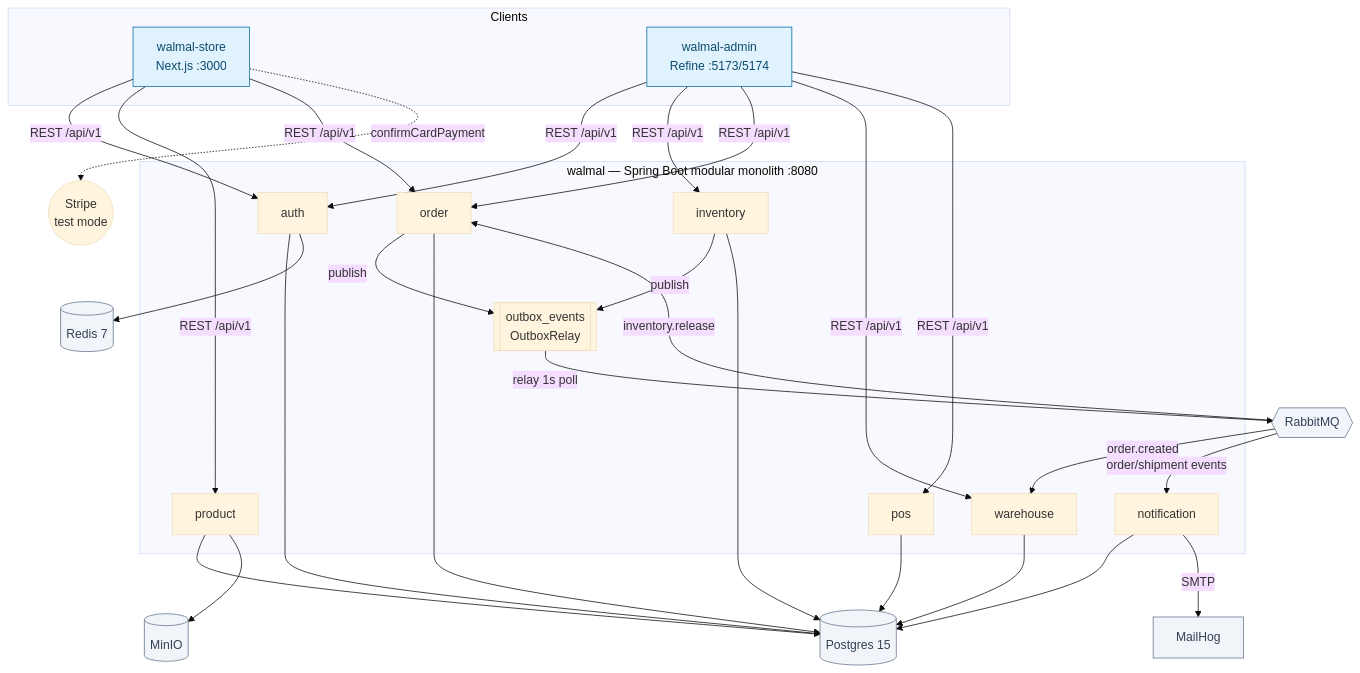
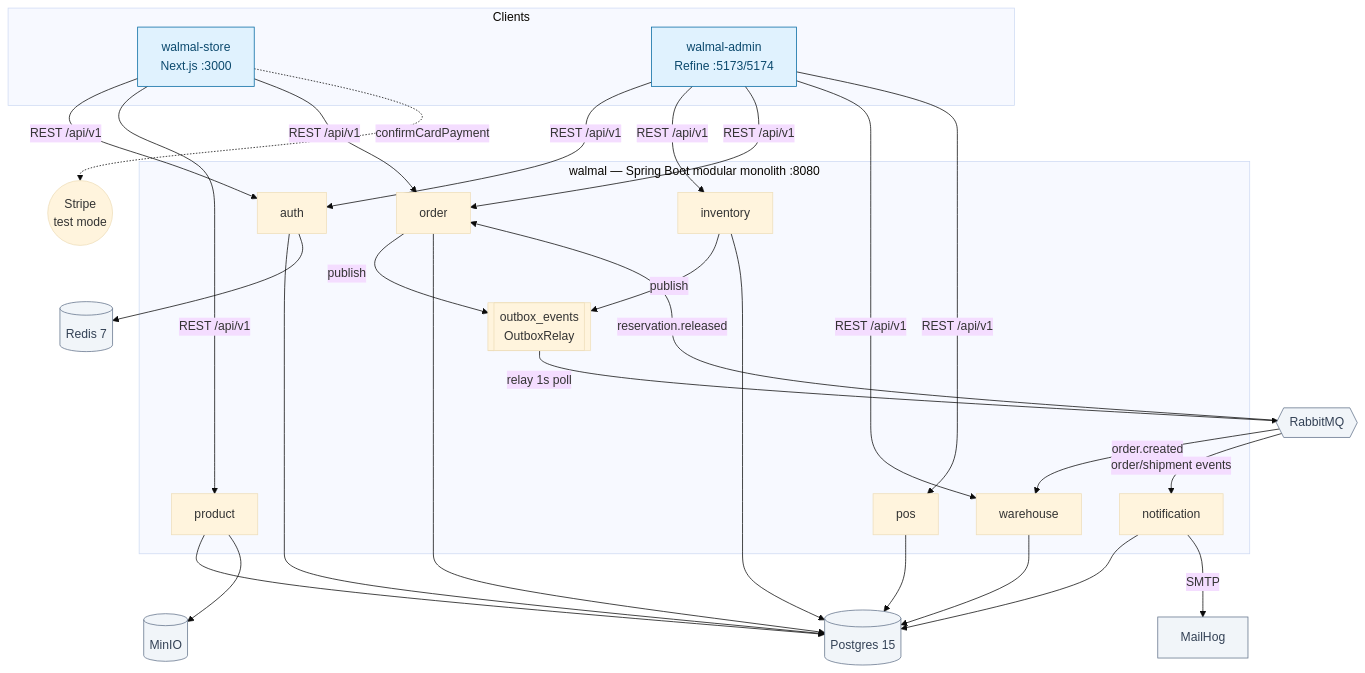
The diagram in README.md (YeHtutAung/walmal), drawn with Mermaid (base theme) before and after one commit. The commit also changed other lines of this file, not shown here.

````diff
--- a/README.md
+++ b/README.md
@@ -16,59 +16,59 @@
 ```mermaid
 graph TB
     subgraph clients["Clients"]
         Store["walmal-store<br/>Next.js :3000"]
         Admin["walmal-admin<br/>Refine :5173/5174"]
     end
 
     Stripe(("Stripe<br/>test mode"))
 
     subgraph backend["walmal — Spring Boot modular monolith :8080"]
         Auth["auth"]
         Product["product"]
         Inventory["inventory"]
         Order["order"]
         Pos["pos"]
         Warehouse["warehouse"]
         Notification["notification"]
         Outbox[["outbox_events<br/>OutboxRelay"]]
     end
 
     Postgres[("Postgres 15")]
     Redis[("Redis 7")]
     Rabbit{{"RabbitMQ"}}
     Minio[("MinIO")]
     Mailhog["MailHog"]
 
     Store -->|"REST /api/v1"| Auth
     Store -->|"REST /api/v1"| Product
     Store -->|"REST /api/v1"| Order
     Store -.->|"confirmCardPayment"| Stripe
     Admin -->|"REST /api/v1"| Auth
     Admin -->|"REST /api/v1"| Inventory
     Admin -->|"REST /api/v1"| Order
     Admin -->|"REST /api/v1"| Warehouse
     Admin -->|"REST /api/v1"| Pos
 
     Order -->|"publish"| Outbox
     Inventory -->|"publish"| Outbox
     Outbox -->|"relay 1s poll"| Rabbit
     Rabbit -->|"order.created"| Warehouse
-    Rabbit -->|"inventory.release"| Order
+    Rabbit -->|"reservation.released"| Order
     Rabbit -->|"order/shipment events"| Notification
 
     Auth --> Postgres
     Product --> Postgres
     Inventory --> Postgres
     Order --> Postgres
     Pos --> Postgres
     Warehouse --> Postgres
     Notification --> Postgres
     Auth --> Redis
     Product --> Minio
     Notification -->|"SMTP"| Mailhog
 
     classDef client fill:#e0f2fe,stroke:#0369a1,color:#0c4a6e;
     classDef infra fill:#f1f5f9,stroke:#64748b,color:#334155;
     class Store,Admin client;
     class Postgres,Redis,Rabbit,Minio,Mailhog infra;
 ```
````
